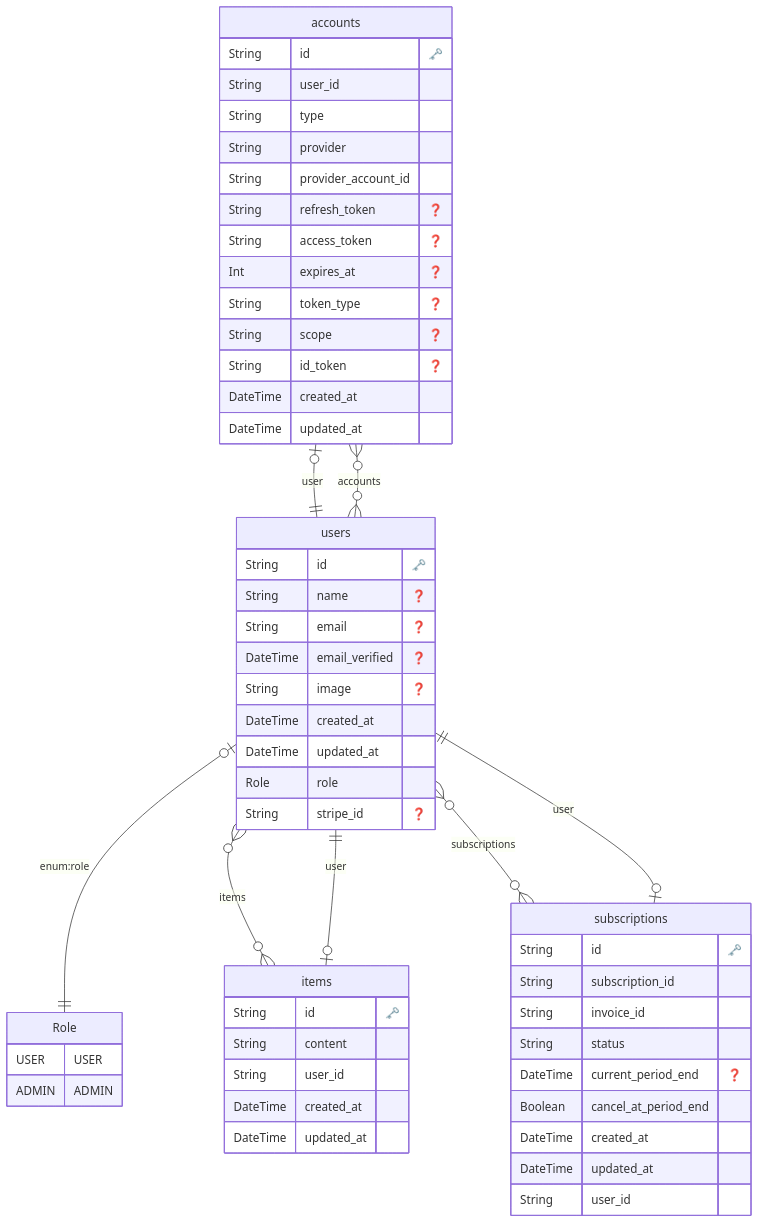
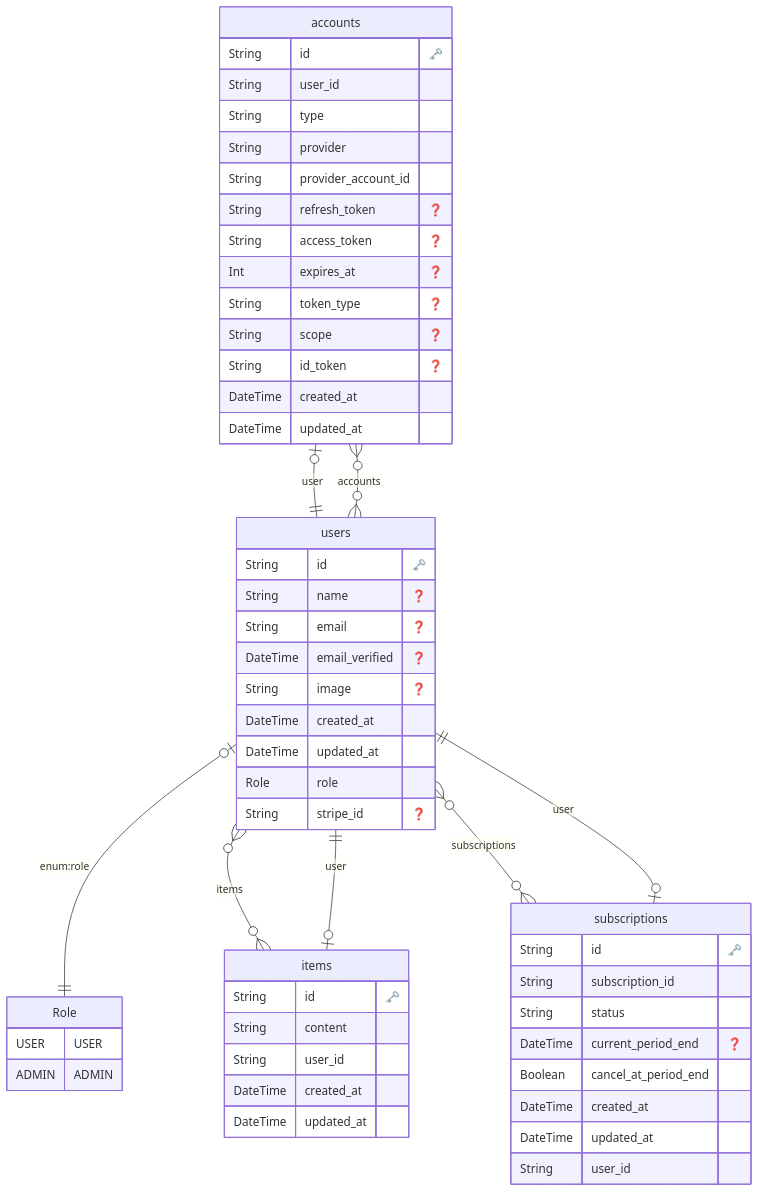
Before and after one commit to hiroppy/web-app-template: the diagram in prisma/ERD.md, drawn with Mermaid. The commit also changed 8 other files, not shown here.

````diff
--- a/prisma/ERD.md
+++ b/prisma/ERD.md
@@ -1,67 +1,66 @@
 ```mermaid
 erDiagram
 
         Role {
             USER USER
 ADMIN ADMIN
         }
 
   "accounts" {
     String id "🗝️"
     String user_id
     String type
     String provider
     String provider_account_id
     String refresh_token "❓"
     String access_token "❓"
     Int expires_at "❓"
     String token_type "❓"
     String scope "❓"
     String id_token "❓"
     DateTime created_at
     DateTime updated_at
     }
 
 
   "users" {
     String id "🗝️"
     String name "❓"
     String email "❓"
     DateTime email_verified "❓"
     String image "❓"
     DateTime created_at
     DateTime updated_at
     Role role
     String stripe_id "❓"
     }
 
 
   "subscriptions" {
     String id "🗝️"
     String subscription_id
-    String invoice_id
     String status
     DateTime current_period_end "❓"
     Boolean cancel_at_period_end
     DateTime created_at
     DateTime updated_at
     String user_id
     }
 
 
   "items" {
     String id "🗝️"
     String content
     String user_id
     DateTime created_at
     DateTime updated_at
     }
 
     "accounts" o|--|| "users" : "user"
     "users" o{--}o "accounts" : "accounts"
     "users" o|--|| "Role" : "enum:role"
     "users" o{--}o "items" : "items"
     "users" o{--}o "subscriptions" : "subscriptions"
     "subscriptions" o|--|| "users" : "user"
     "items" o|--|| "users" : "user"
 ```
````
